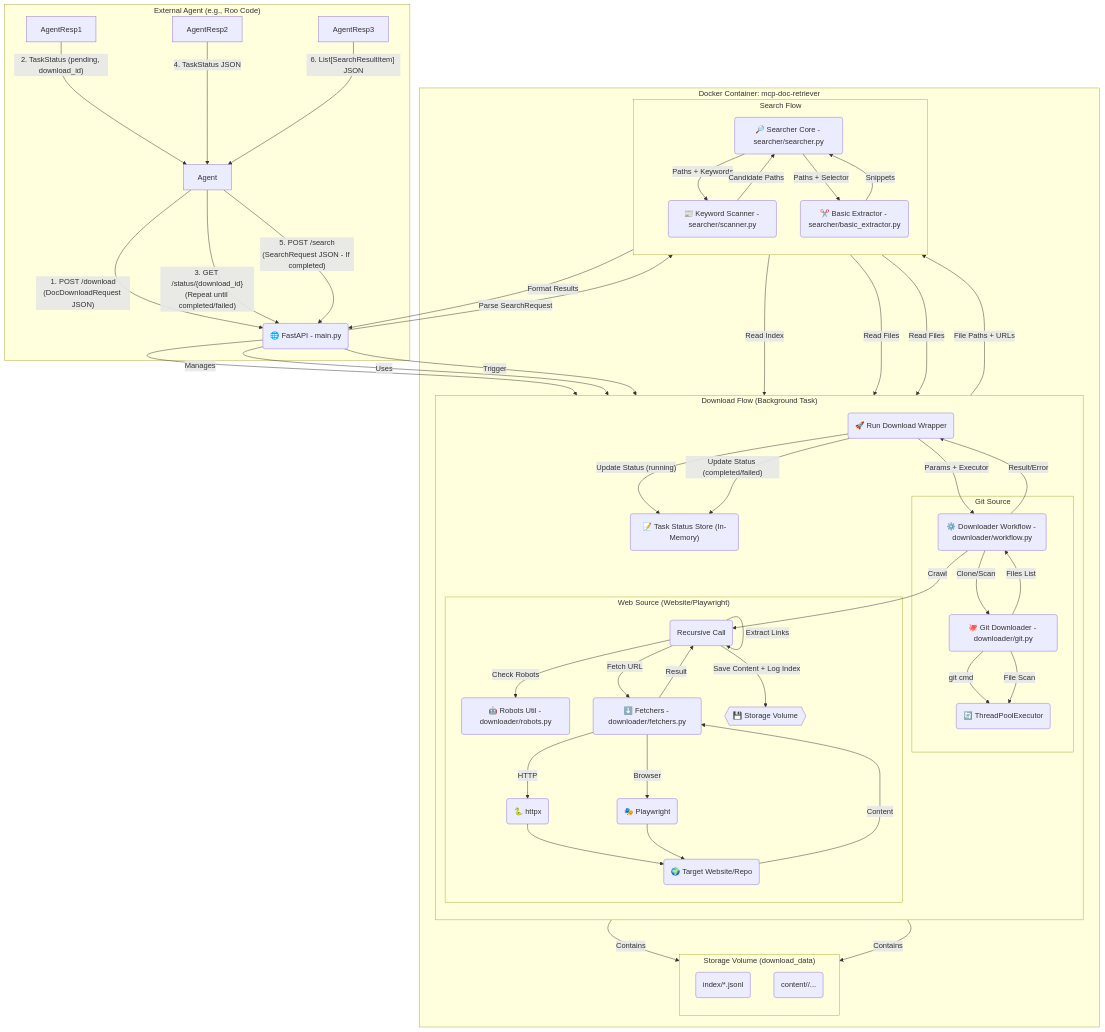
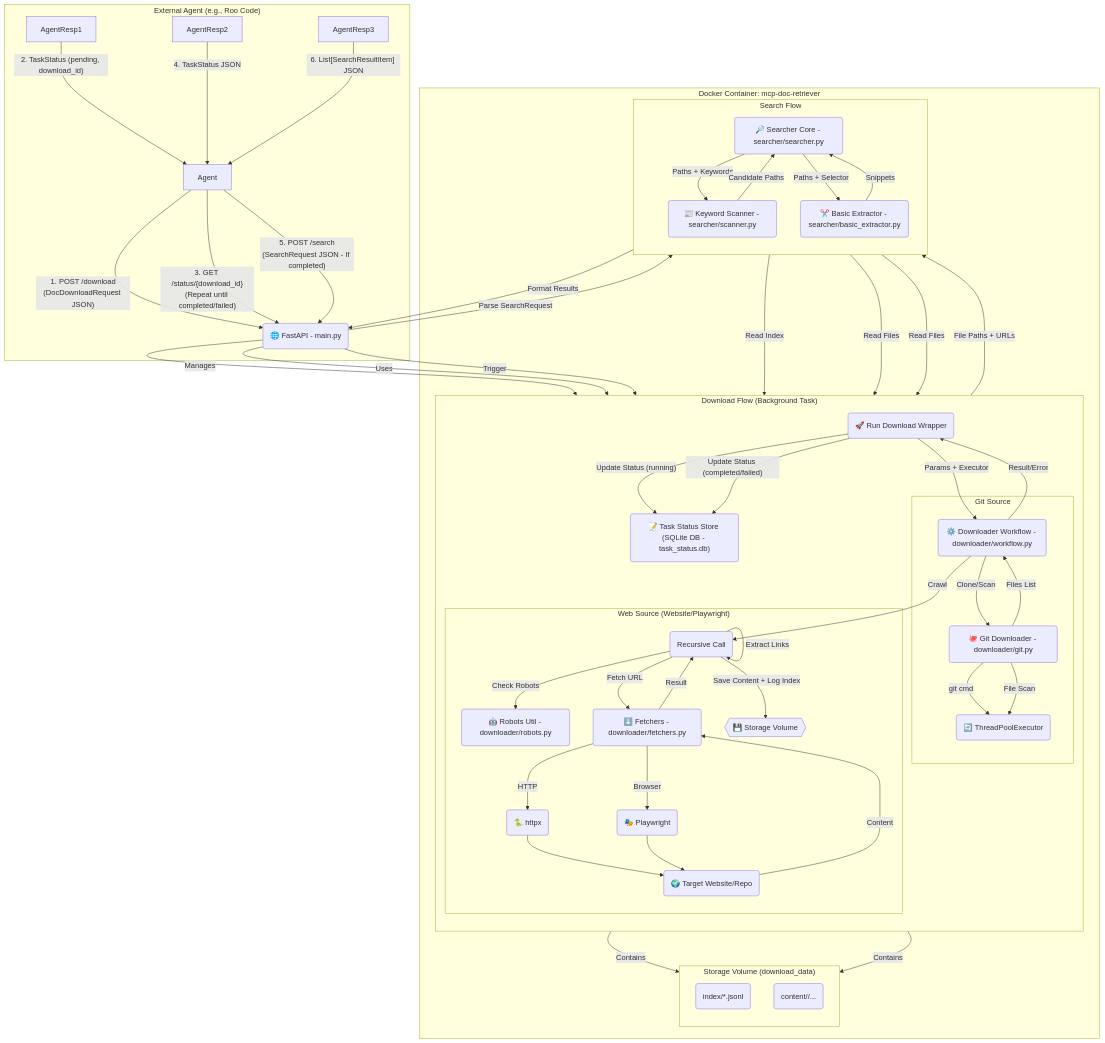
Before and after one commit to grahama1970/mcp-doc-retriever: the diagram in README.md, drawn with Mermaid. The commit also changed other lines of this file and 18 other files, not shown here.

````diff
--- a/README.md
+++ b/README.md
@@ -34,67 +34,67 @@
 ```mermaid
 graph TD
     subgraph "External Agent (e.g., Roo Code)"
         Agent -- "1. POST /download\n(DocDownloadRequest JSON)" --> FAPI
         AgentResp1 -- "2. TaskStatus (pending, download_id)" --> Agent
         Agent -- "3. GET /status/{download_id}\n(Repeat until completed/failed)" --> FAPI
         AgentResp2 -- "4. TaskStatus JSON" --> Agent
         Agent -- "5. POST /search\n(SearchRequest JSON - If completed)" --> FAPI
         AgentResp3 -- "6. List[SearchResultItem] JSON" --> Agent
     end
 
     subgraph "Docker Container: mcp-doc-retriever"
-        FAPI("🌐 FastAPI - main.py") -- Manages --> TaskStore("📝 Task Status Store (In-Memory)")
+        FAPI("🌐 FastAPI - main.py") -- Manages --> TaskStore("📝 Task Status Store (SQLite DB - task_status.db)")
         FAPI -- Uses --> SharedExecutor("🔄 ThreadPoolExecutor")
 
         subgraph "Download Flow (Background Task)"
             direction TB
             FAPI -- Trigger --> BGTaskWrapper("🚀 Run Download Wrapper")
             BGTaskWrapper -- Update Status (running) --> TaskStore
             BGTaskWrapper -- "Params + Executor" --> Workflow("⚙️ Downloader Workflow - downloader/workflow.py")
 
             subgraph "Git Source"
                 Workflow -- "Clone/Scan" --> GitDownloader("🐙 Git Downloader - downloader/git.py")
                 GitDownloader -- "git cmd" --> SharedExecutor
                 GitDownloader -- "File Scan" --> SharedExecutor
                 GitDownloader -- "Files List" --> Workflow
             end
 
             subgraph "Web Source (Website/Playwright)"
                 Workflow -- "Crawl" --> WebDownloader("🕸️ Web Downloader - downloader/web.py")
                 WebDownloader -- "Check Robots" --> RobotsUtil("🤖 Robots Util - downloader/robots.py")
                 WebDownloader -- "Fetch URL" --> Fetchers("⬇️ Fetchers - downloader/fetchers.py")
                 Fetchers -- "HTTP" --> HttpxLib("🐍 httpx")
                 Fetchers -- "Browser" --> PlaywrightLib("🎭 Playwright")
                 HttpxLib --> TargetSite("🌍 Target Website/Repo")
                 PlaywrightLib --> TargetSite
                 TargetSite -- "Content" --> Fetchers
                 Fetchers -- "Result" --> WebDownloader
                 WebDownloader -- "Save Content + Log Index" --> Storage{{💾 Storage Volume}}
                 WebDownloader -- "Extract Links" --> WebDownloader("Recursive Call")
             end
 
             Workflow -- "Result/Error" --> BGTaskWrapper
             BGTaskWrapper -- "Update Status (completed/failed)" --> TaskStore
         end
 
         subgraph "Search Flow"
             direction TB
             FAPI -- "Parse SearchRequest" --> SearcherCore("🔎 Searcher Core - searcher/searcher.py")
             SearcherCore -- "Read Index" --> Storage
             Storage -- "File Paths + URLs" --> SearcherCore
             SearcherCore -- "Paths + Keywords" --> Scanner("📰 Keyword Scanner - searcher/scanner.py")
             Scanner -- "Read Files" --> Storage
             Scanner -- "Candidate Paths" --> SearcherCore
             SearcherCore -- "Paths + Selector" --> BasicExtractor("✂️ Basic Extractor - searcher/basic_extractor.py")
             BasicExtractor -- "Read Files" --> Storage
             BasicExtractor -- "Snippets" --> SearcherCore
             SearcherCore -- "Format Results" --> FAPI
         end
 
         subgraph "Storage Volume (download_data)"
             direction TB
             Storage -- Contains --> IndexDir("index/*.jsonl")
             Storage -- Contains --> ContentDir("content/<download_id>/...")
         end
     end
 ```
````
